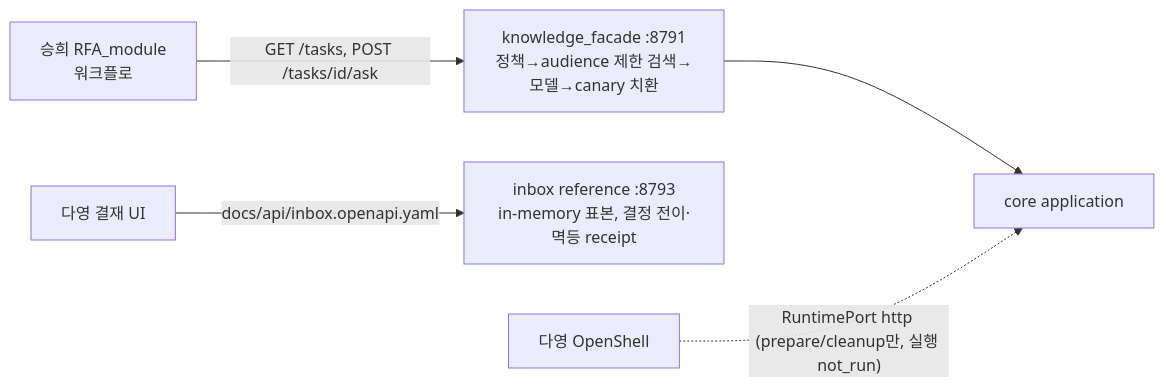
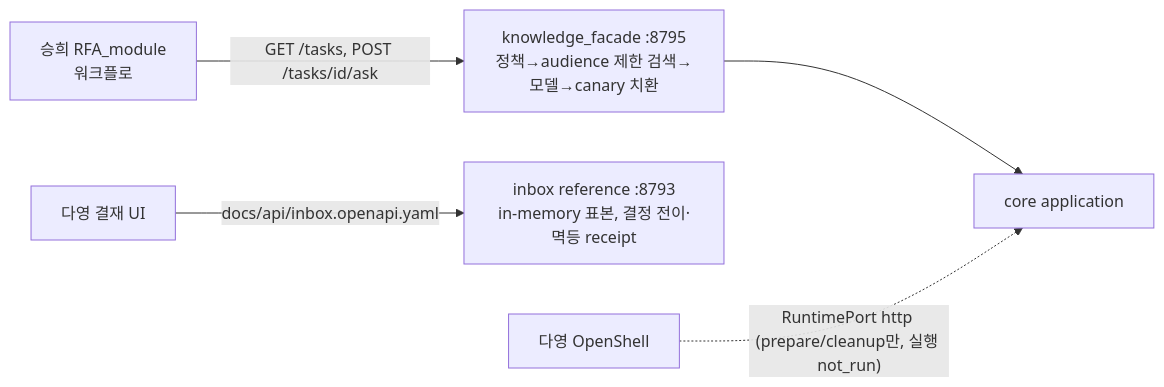
Before and after one commit to SoCAlumni/RFA_mas: diagram 17 of 18 in docs/ARCHITECTURE_WORKFLOWS.md, drawn with Mermaid. The commit also changed other lines of this file and 10 other files, not shown here.

First line of the commit message:
sg-8: knowledge facade moves 8791 → 8795 (RFA_module head_stub owns 8791)

````diff
--- a/docs/ARCHITECTURE_WORKFLOWS.md
+++ b/docs/ARCHITECTURE_WORKFLOWS.md
@@ -786,7 +786,7 @@
 ```mermaid
 flowchart LR
-    SH["승희 RFA_module<br/>워크플로"] -->|"GET /tasks, POST /tasks/id/ask"| KF["knowledge_facade :8791<br/>정책→audience 제한 검색→모델→canary 치환"]
+    SH["승희 RFA_module<br/>워크플로"] -->|"GET /tasks, POST /tasks/id/ask"| KF["knowledge_facade :8795<br/>정책→audience 제한 검색→모델→canary 치환"]
     KF --> CORE["core application"]
     DY["다영 결재 UI"] -->|"docs/api/inbox.openapi.yaml"| IB["inbox reference :8793<br/>in-memory 표본, 결정 전이·멱등 receipt"]
     DY2["다영 OpenShell"] -.->|"RuntimePort http (prepare/cleanup만, 실행 not_run)"| CORE
 ```
````
